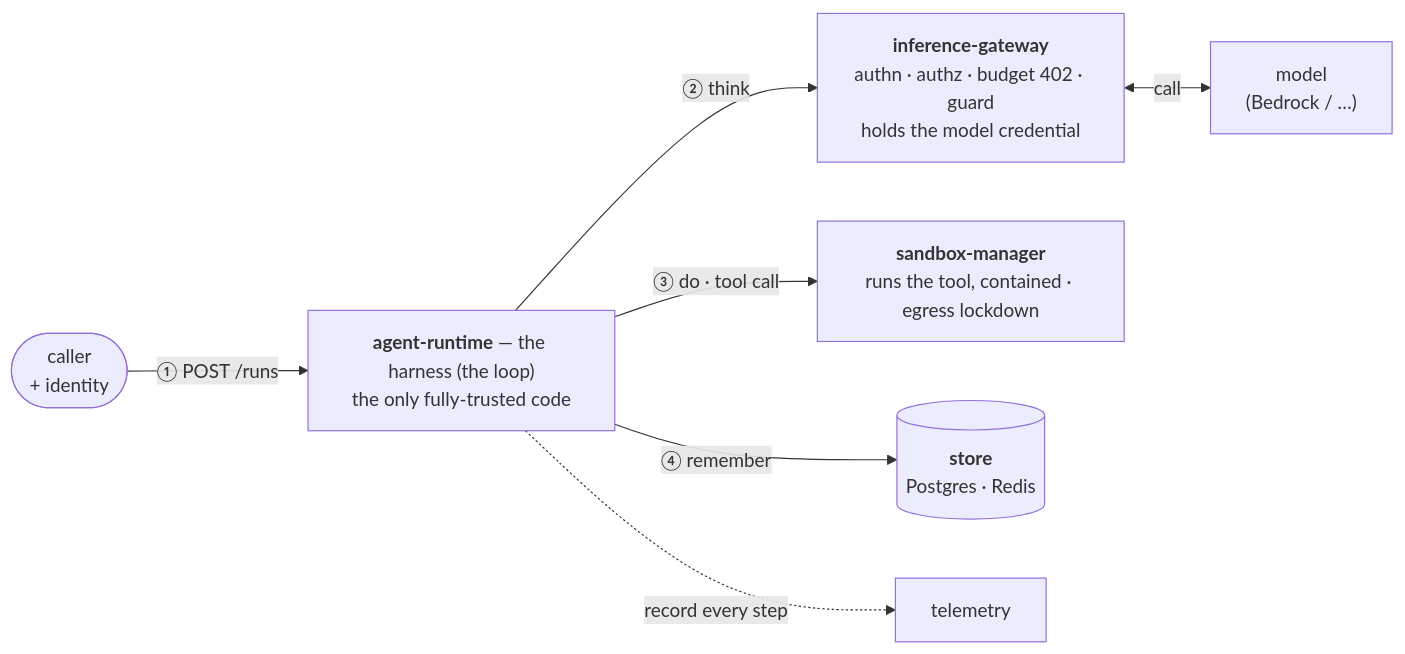
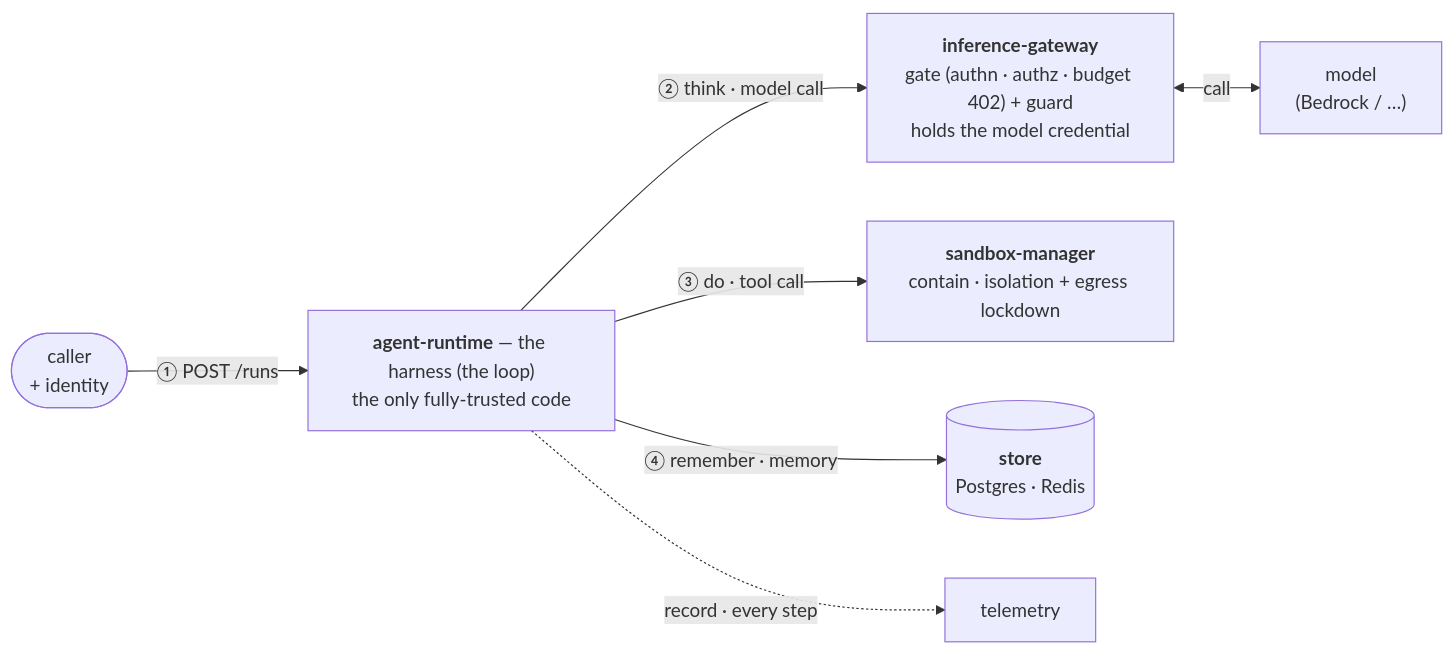
The eighth of 15 diagrams in docs/stack-slides.md (tilsley/creance), drawn with Mermaid before and after one commit. The commit also changed other lines of this file, not shown here.

Commit message:
docs(slides): align slide 7 architecture with reworked primitive/control language
Edges name the primitive (model call/tool call/memory), components name the control
they enforce (gate+guard at the gateway, contain at the sandbox-manager, record).

````diff
--- a/docs/stack-slides.md
+++ b/docs/stack-slides.md
@@ -115,9 +115,9 @@
 ```mermaid
 flowchart LR
   Caller(["caller<br/>+ identity"]) -->|"① POST /runs"| RT["<b>agent-runtime</b> — the harness (the loop)<br/>the only fully-trusted code"]
-  RT -->|"② think"| GW["<b>inference-gateway</b><br/>authn · authz · budget 402 · guard<br/>holds the model credential"]
+  RT -->|"② think · model call"| GW["<b>inference-gateway</b><br/>gate (authn · authz · budget 402) + guard<br/>holds the model credential"]
   GW <-->|"call"| Model["model<br/>(Bedrock / …)"]
-  RT -->|"③ do · tool call"| SB["<b>sandbox-manager</b><br/>runs the tool, contained · egress lockdown"]
-  RT -->|"④ remember"| ST[("<b>store</b><br/>Postgres · Redis")]
-  RT -.->|"record every step"| OB["telemetry"]
+  RT -->|"③ do · tool call"| SB["<b>sandbox-manager</b><br/>contain · isolation + egress lockdown"]
+  RT -->|"④ remember · memory"| ST[("<b>store</b><br/>Postgres · Redis")]
+  RT -.->|"record · every step"| OB["telemetry"]
 ```
````
